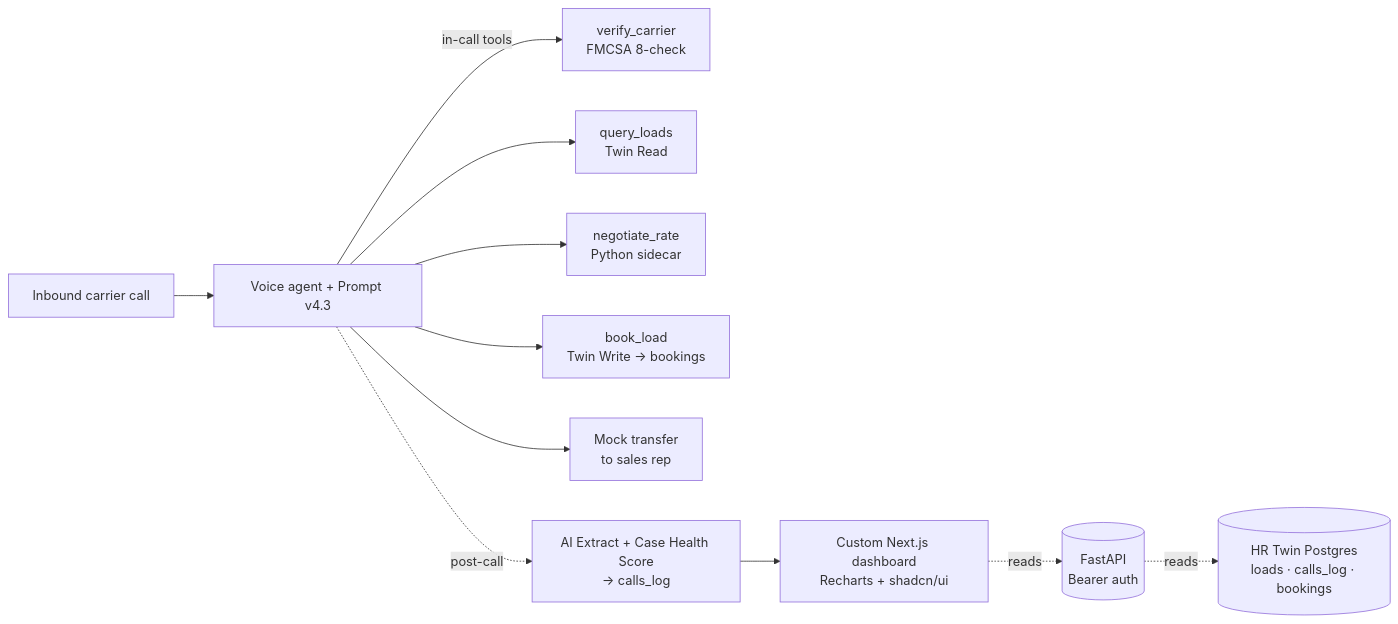
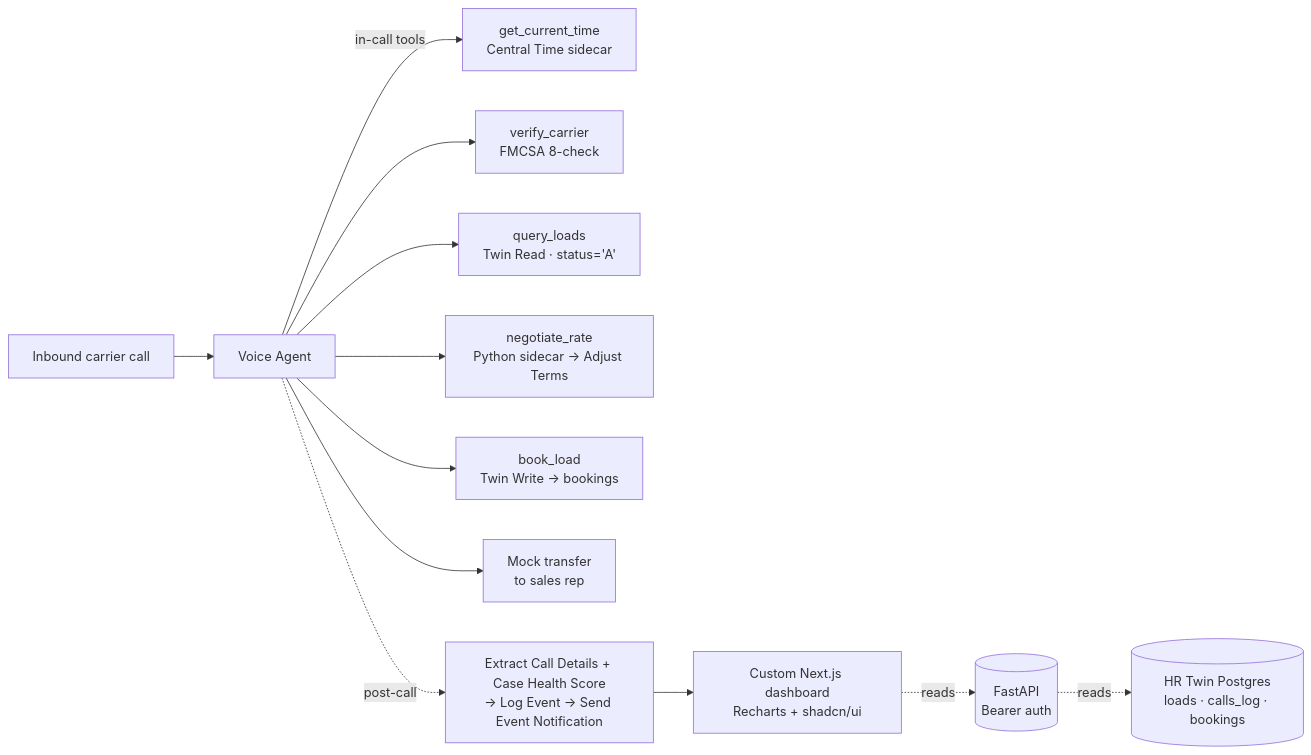
Before and after one commit to AndresMorones/AcmeLogistics: the diagram in docs/broker-doc.md, drawn with Mermaid. The commit also changed other lines of this file and 15 other files, not shown here.

````diff
--- a/docs/broker-doc.md
+++ b/docs/broker-doc.md
@@ -35,13 +35,14 @@
 ```mermaid
 flowchart LR
-  Carrier[Inbound carrier call] --> VA[Voice agent + Prompt v4.3]
-  VA -->|in-call tools| V1[verify_carrier<br/>FMCSA 8-check]
-  VA --> V2[query_loads<br/>Twin Read]
-  VA --> V3[negotiate_rate<br/>Python sidecar]
+  Carrier[Inbound carrier call] --> VA[Voice Agent]
+  VA -->|in-call tools| V0[get_current_time<br/>Central Time sidecar]
+  VA --> V1[verify_carrier<br/>FMCSA 8-check]
+  VA --> V2[query_loads<br/>Twin Read · status='A']
+  VA --> V3[negotiate_rate<br/>Python sidecar → Adjust Terms]
   VA --> V4[book_load<br/>Twin Write → bookings]
   VA --> Mock[Mock transfer<br/>to sales rep]
-  VA -.->|post-call| Persist[AI Extract + Case Health Score<br/>→ calls_log]
+  VA -.->|post-call| Persist[Extract Call Details + Case Health Score<br/>→ Log Event → Send Event Notification]
   Persist --> Dash[Custom Next.js dashboard<br/>Recharts + shadcn/ui]
   Dash -.reads.-> FastAPI[(FastAPI<br/>Bearer auth)]
   FastAPI -.reads.-> Twin[(HR Twin Postgres<br/>loads · calls_log · bookings)]
 ```
````
